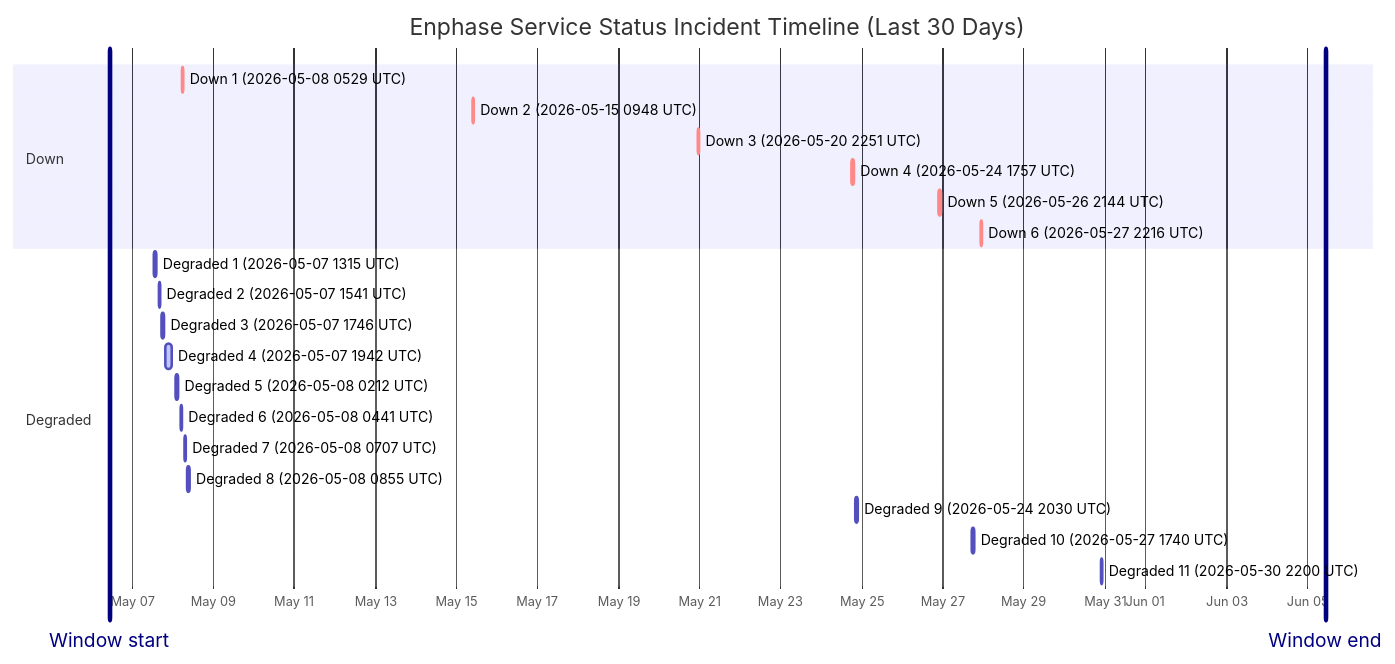
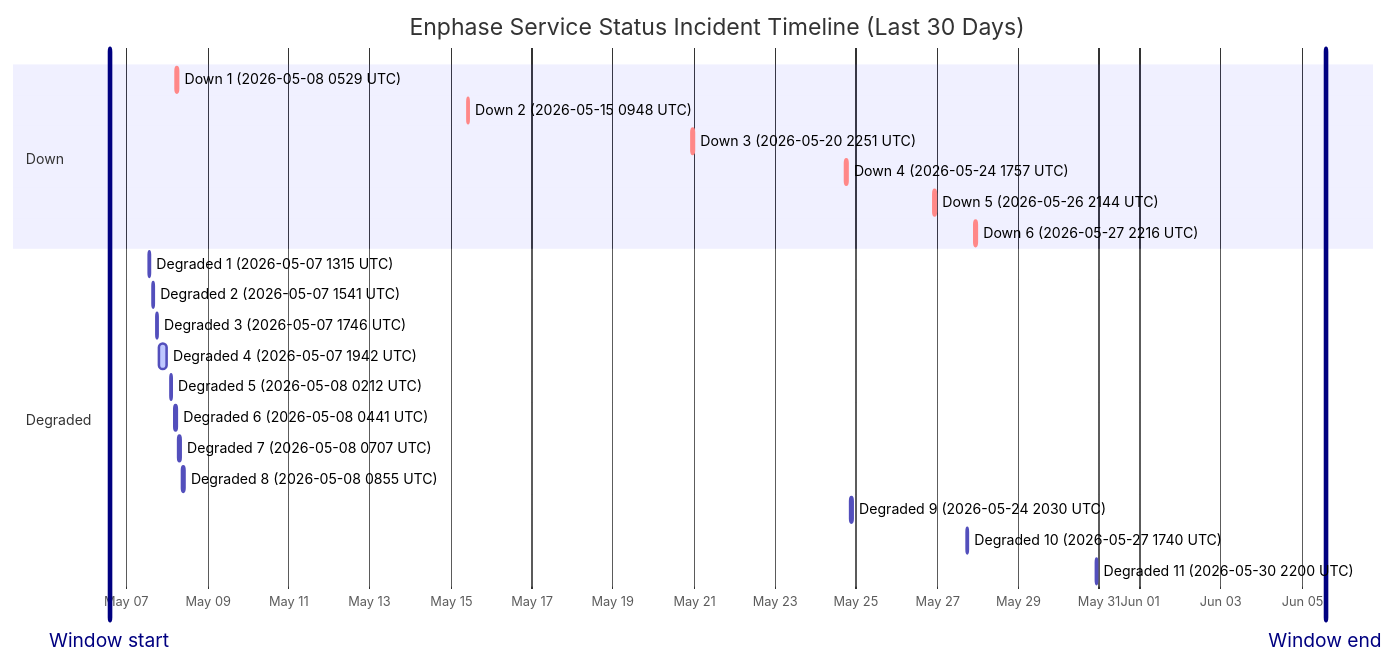
One commit to barneyonline/ha-enphase-energy changed the diagram in wiki/Service-Status-History.md. Above: the diagram before and after it, drawn with Mermaid. The commit also changed other lines of this file and 3 other files, not shown here.

````diff
--- a/wiki/Service-Status-History.md
+++ b/wiki/Service-Status-History.md
@@ -14,27 +14,27 @@
 ```mermaid
 gantt
     title Enphase Service Status Incident Timeline (Last 30 Days)
     dateFormat  YYYY-MM-DDTHH:mm:ss
     axisFormat  %b %d
-    Window start :vert, window-start, 2026-05-06T10:30:40, 0ms
-    Window end :vert, window-end, 2026-06-05T10:30:40, 0ms
+    Window start :vert, window-start, 2026-05-06T13:51:20, 0ms
+    Window end :vert, window-end, 2026-06-05T13:51:20, 0ms
     section Down
     Down 1 (2026-05-08 0529 UTC) :crit, down-1, 2026-05-08T05:29:47, 60m
     Down 2 (2026-05-15 0948 UTC) :crit, down-2, 2026-05-15T09:48:18, 60m
     Down 3 (2026-05-20 2251 UTC) :crit, down-3, 2026-05-20T22:51:14, 75m
     Down 4 (2026-05-24 1757 UTC) :crit, down-4, 2026-05-24T17:57:41, 86m
     Down 5 (2026-05-26 2144 UTC) :crit, down-5, 2026-05-26T21:44:11, 85m
     Down 6 (2026-05-27 2216 UTC) :crit, down-6, 2026-05-27T22:16:53, 87m
     section Degraded
     Degraded 1 (2026-05-07 1315 UTC) :active, degraded-1, 2026-05-07T13:15:25, 60m
     Degraded 2 (2026-05-07 1541 UTC) :active, degraded-2, 2026-05-07T15:41:58, 60m
     Degraded 3 (2026-05-07 1746 UTC) :active, degraded-3, 2026-05-07T17:46:51, 60m
     Degraded 4 (2026-05-07 1942 UTC) :active, degraded-4, 2026-05-07T19:42:10, 249m
     Degraded 5 (2026-05-08 0212 UTC) :active, degraded-5, 2026-05-08T02:12:39, 60m
     Degraded 6 (2026-05-08 0441 UTC) :active, degraded-6, 2026-05-08T04:41:46, 60m
     Degraded 7 (2026-05-08 0707 UTC) :active, degraded-7, 2026-05-08T07:07:30, 60m
     Degraded 8 (2026-05-08 0855 UTC) :active, degraded-8, 2026-05-08T08:55:20, 88m
     Degraded 9 (2026-05-24 2030 UTC) :active, degraded-9, 2026-05-24T20:30:57, 84m
     Degraded 10 (2026-05-27 1740 UTC) :active, degraded-10, 2026-05-27T17:40:52, 60m
     Degraded 11 (2026-05-30 2200 UTC) :active, degraded-11, 2026-05-30T22:00:37, 60m
 ```
````
